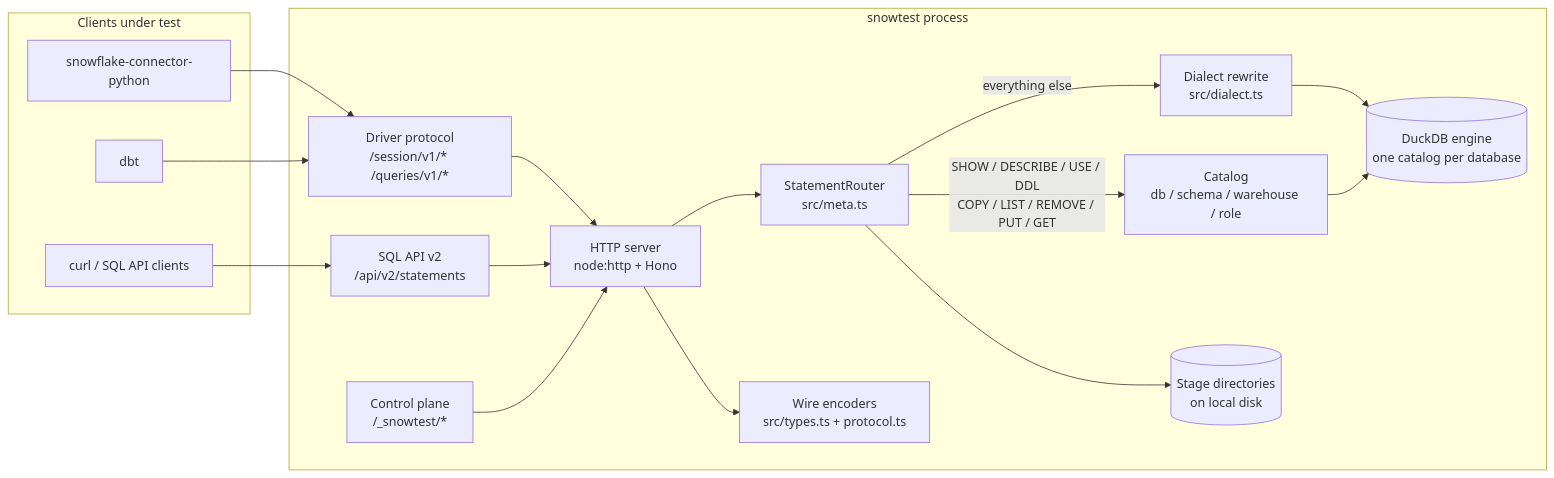
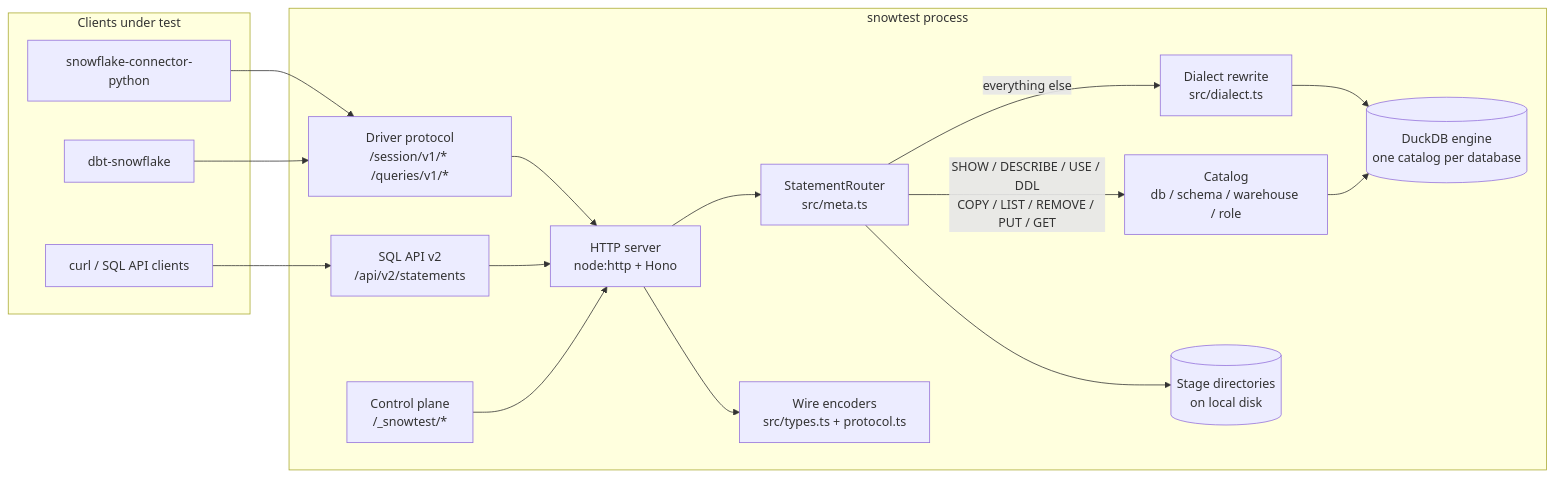
The first of 6 diagrams in docs/design.md (sri369c/SnowTest), drawn with Mermaid before and after one commit. The commit also changed other lines of this file and 30 other files, not shown here.

````diff
--- a/docs/design.md
+++ b/docs/design.md
@@ -37,35 +38,35 @@
 ```mermaid
 flowchart LR
   subgraph clients[Clients under test]
     PY["snowflake-connector-python"]
-    DBT["dbt"]
+    DBT["dbt-snowflake"]
     RAW["curl / SQL API clients"]
   end
 
   subgraph snowtest[snowtest process]
     S["HTTP server<br/>node:http + Hono"]
     D["Driver protocol<br/>/session/v1/* /queries/v1/*"]
     A["SQL API v2<br/>/api/v2/statements"]
     C["Control plane<br/>/_snowtest/*"]
     R["StatementRouter<br/>src/meta.ts"]
     X["Dialect rewrite<br/>src/dialect.ts"]
     E[("DuckDB engine<br/>one catalog per database")]
     CAT["Catalog<br/>db / schema / warehouse / role"]
     FS[("Stage directories<br/>on local disk")]
     ENC["Wire encoders<br/>src/types.ts + protocol.ts"]
   end
 
   PY --> D
   DBT --> D
   RAW --> A
   D --> S
   A --> S
   C --> S
   S --> ENC
   S --> R
   R -->|"SHOW / DESCRIBE / USE / DDL<br/>COPY / LIST / REMOVE / PUT / GET"| CAT
   R --> FS
   R -->|"everything else"| X
   X --> E
   CAT --> E
 ```
````
